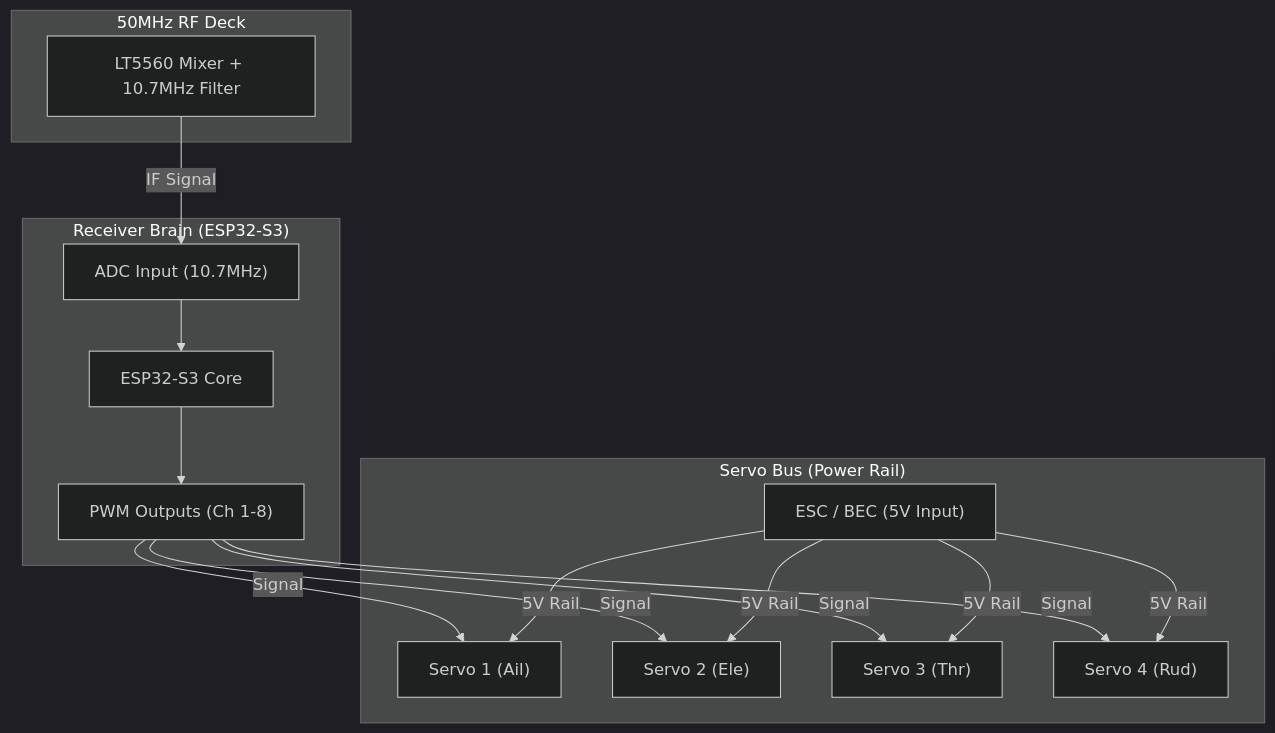
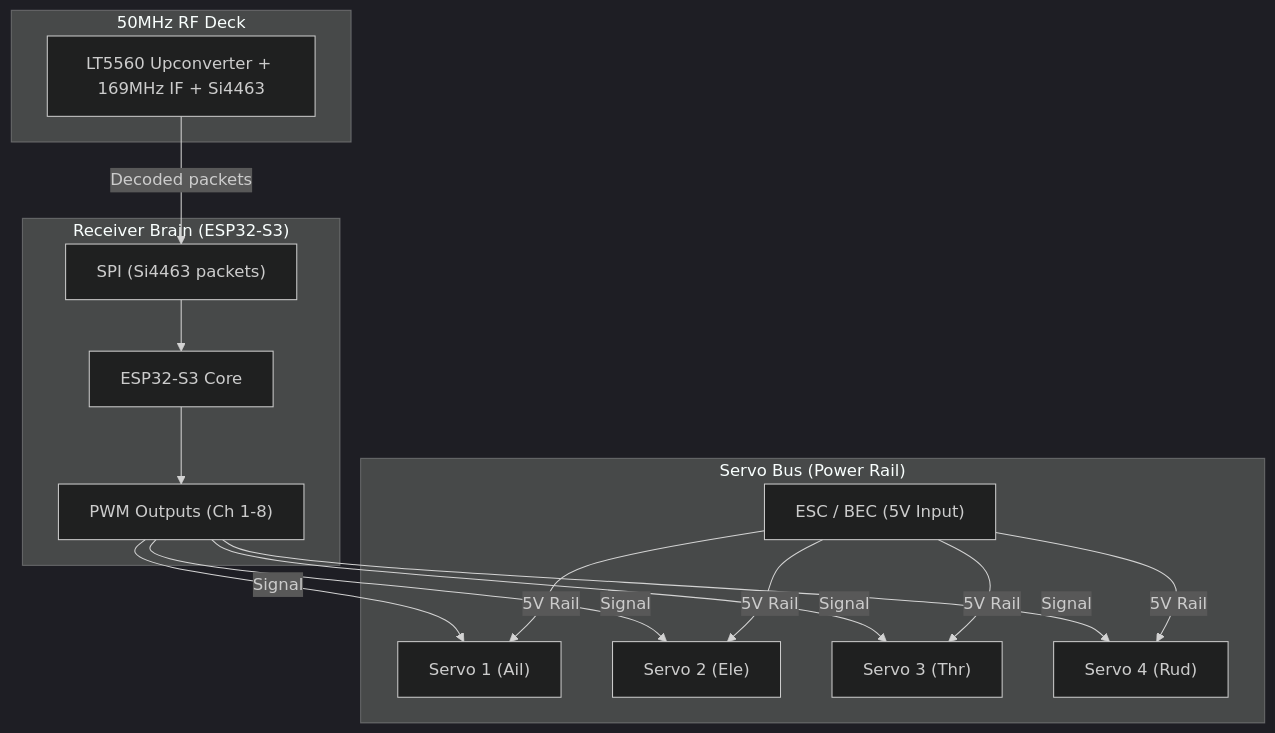
One commit to ne9n/RC_6m changed the diagram in RX_Hardware/Receiver_Servo_Design.md. Above: the diagram before and after it, drawn with Mermaid (dark theme). The commit also changed other lines of this file and 29 other files, not shown here.

First line of the commit message:
Move receive chain to Si4463 upconversion; fix RX/TX schematic wiring

````diff
--- a/RX_Hardware/Receiver_Servo_Design.md
+++ b/RX_Hardware/Receiver_Servo_Design.md
@@ -22,26 +22,26 @@
 ```mermaid
 graph TD
     subgraph "50MHz RF Deck"
-        RF["LT5560 Mixer + 10.7MHz Filter"]
+        RF["LT5560 Upconverter + 169MHz IF + Si4463"]
     end
 
     subgraph "Receiver Brain (ESP32-S3)"
-        ADC["ADC Input (10.7MHz)"]
+        ADC["SPI (Si4463 packets)"]
         MCU["ESP32-S3 Core"]
         PWM["PWM Outputs (Ch 1-8)"]
     end
 
     subgraph "Servo Bus (Power Rail)"
         BEC["ESC / BEC (5V Input)"]
         S1["Servo 1 (Ail)"]
         S2["Servo 2 (Ele)"]
         S3["Servo 3 (Thr)"]
         S4["Servo 4 (Rud)"]
     end
 
-    RF -- "IF Signal" --> ADC
+    RF -- "Decoded packets" --> ADC
     ADC --> MCU
     MCU --> PWM
     PWM -- "Signal" --> S1 & S2 & S3 & S4
     BEC -- "5V Rail" --> S1 & S2 & S3 & S4
 ```
````
